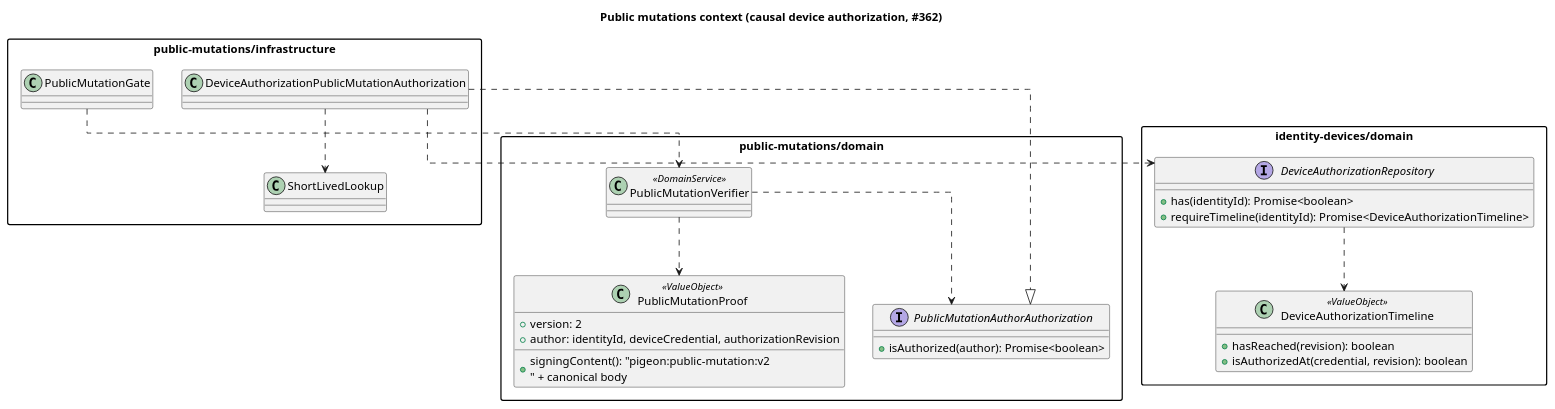
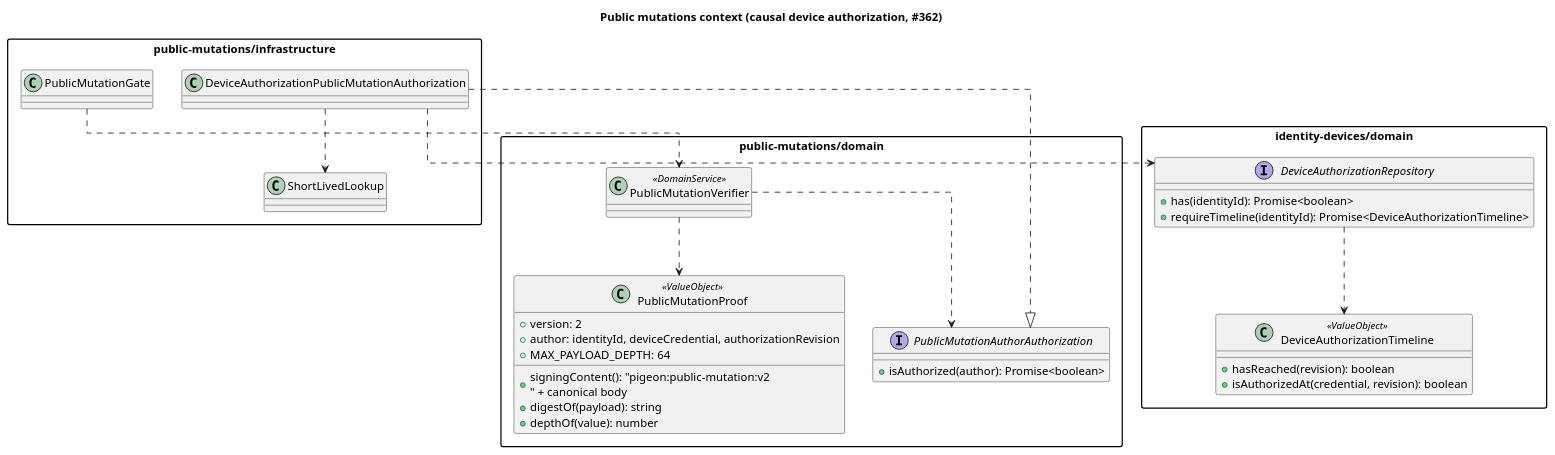
One commit to haskou/pigeon-swarm-node changed the diagram in src/contexts/public-mutations/_docs/PublicMutationsClasses.puml. Above: the diagram before and after it, drawn with PlantUML. The commit also changed 8 other files, not shown here.

Commit message:
fix(public-mutations): 🐛 Refuse operation arguments past the digest depth as an operation limit

```diff
--- a/src/contexts/public-mutations/_docs/PublicMutationsClasses.puml
+++ b/src/contexts/public-mutations/_docs/PublicMutationsClasses.puml
@@ -1,43 +1,46 @@
 @startuml PublicMutationsClasses
 title Public mutations context (causal device authorization, #362)
 
 skinparam packageStyle rectangle
 skinparam linetype ortho
 
 package "public-mutations/domain" {
   class PublicMutationProof <<ValueObject>> {
     +version: 2
     +author: identityId, deviceCredential, authorizationRevision
     +signingContent(): "pigeon:public-mutation:v2\n" + canonical body
+    +MAX_PAYLOAD_DEPTH: 64
+    +digestOf(payload): string
+    +depthOf(value): number
   }
   class PublicMutationVerifier <<DomainService>>
   interface PublicMutationAuthorAuthorization {
     +isAuthorized(author): Promise<boolean>
   }
 }
 
 package "public-mutations/infrastructure" {
   class PublicMutationGate
   class DeviceAuthorizationPublicMutationAuthorization
   class ShortLivedLookup
 }
 
 package "identity-devices/domain" {
   class DeviceAuthorizationTimeline <<ValueObject>> {
     +hasReached(revision): boolean
     +isAuthorizedAt(credential, revision): boolean
   }
   interface DeviceAuthorizationRepository {
     +has(identityId): Promise<boolean>
     +requireTimeline(identityId): Promise<DeviceAuthorizationTimeline>
   }
 }
 
 PublicMutationGate ..> PublicMutationVerifier
 PublicMutationVerifier ..> PublicMutationProof
 PublicMutationVerifier ..> PublicMutationAuthorAuthorization
 DeviceAuthorizationPublicMutationAuthorization ..|> PublicMutationAuthorAuthorization
 DeviceAuthorizationPublicMutationAuthorization ..> ShortLivedLookup
 DeviceAuthorizationPublicMutationAuthorization ..> DeviceAuthorizationRepository
 DeviceAuthorizationRepository ..> DeviceAuthorizationTimeline
 @enduml
```
